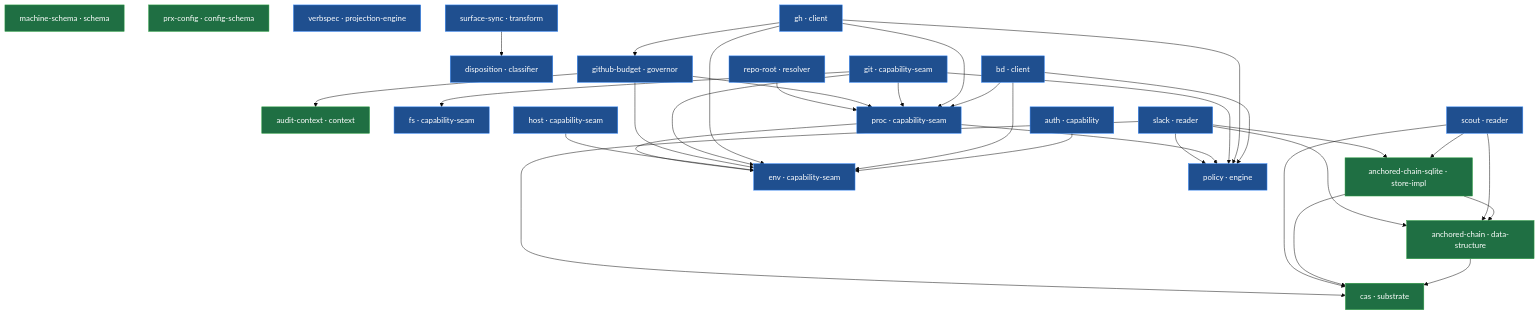
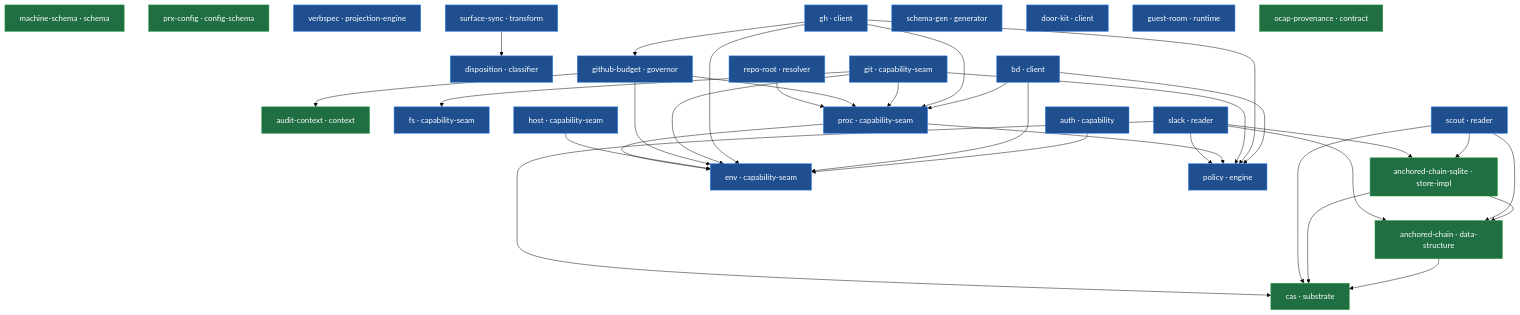
One commit to bounded-systems/.github changed the diagram in profile/README.md. Above: the diagram before and after it, drawn with Mermaid (base theme). The commit also changed other lines of this file, not shown here.

Commit message:
profile: sync knowledge-graph to prx dependency closure (26 nodes) (#22)
door-kit, guest-room, ocap-provenance (prx deps) + schema-gen join the graph.

````diff
--- a/profile/README.md
+++ b/profile/README.md
@@ -126,59 +126,63 @@
 ```mermaid
 flowchart TD
   cas["cas · substrate"]
   machine_schema["machine-schema · schema"]
   audit_context["audit-context · context"]
   anchored_chain["anchored-chain · data-structure"]
   anchored_chain_sqlite["anchored-chain-sqlite · store-impl"]
   disposition["disposition · classifier"]
   prx_config["prx-config · config-schema"]
   env["env · capability-seam"]
   fs["fs · capability-seam"]
   host["host · capability-seam"]
   proc["proc · capability-seam"]
   policy["policy · engine"]
   verbspec["verbspec · projection-engine"]
   auth["auth · capability"]
   gh["gh · client"]
   git["git · capability-seam"]
   bd["bd · client"]
   github_budget["github-budget · governor"]
   scout["scout · reader"]
   slack["slack · reader"]
   repo_root["repo-root · resolver"]
   surface_sync["surface-sync · transform"]
+  schema_gen["schema-gen · generator"]
+  door_kit["door-kit · client"]
+  guest_room["guest-room · runtime"]
+  ocap_provenance["ocap-provenance · contract"]
   anchored_chain --> cas
   anchored_chain_sqlite --> anchored_chain
   anchored_chain_sqlite --> cas
   auth --> env
   bd --> env
   bd --> policy
   bd --> proc
   gh --> env
   gh --> github_budget
   gh --> policy
   gh --> proc
   git --> env
   git --> fs
   git --> policy
   git --> proc
   github_budget --> audit_context
   github_budget --> env
   github_budget --> proc
   host --> env
   proc --> env
   proc --> policy
   repo_root --> proc
   scout --> anchored_chain
   scout --> anchored_chain_sqlite
   scout --> cas
   slack --> anchored_chain
   slack --> anchored_chain_sqlite
   slack --> cas
   slack --> policy
   surface_sync --> disposition
   classDef noun fill:#1f6f43,stroke:#2ea043,color:#fff;
   classDef verb fill:#1f4f8f,stroke:#388bfd,color:#fff;
-  class cas,machine_schema,audit_context,anchored_chain,anchored_chain_sqlite,prx_config noun;
-  class disposition,env,fs,host,proc,policy,verbspec,auth,gh,git,bd,github_budget,scout,slack,repo_root,surface_sync verb;
+  class cas,machine_schema,audit_context,anchored_chain,anchored_chain_sqlite,prx_config,ocap_provenance noun;
+  class disposition,env,fs,host,proc,policy,verbspec,auth,gh,git,bd,github_budget,scout,slack,repo_root,surface_sync,schema_gen,door_kit,guest_room verb;
 ```
````
